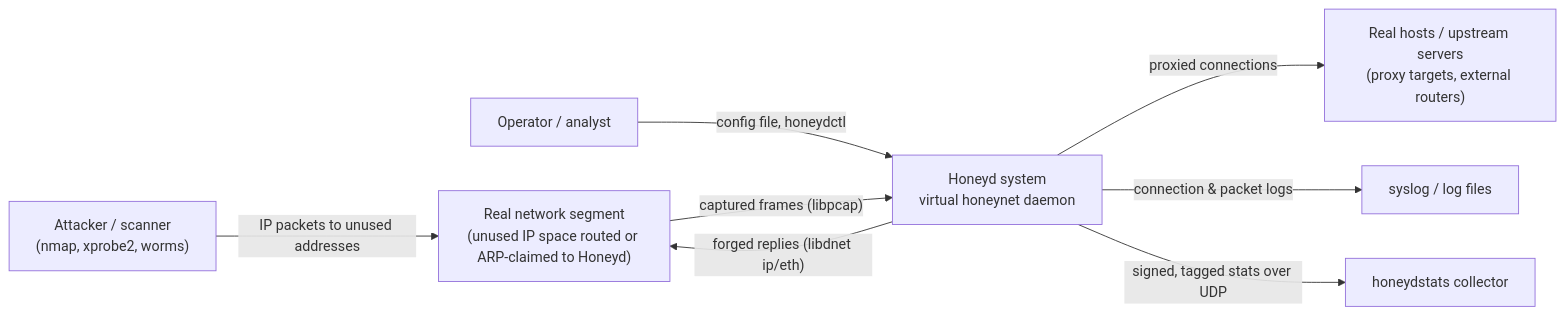
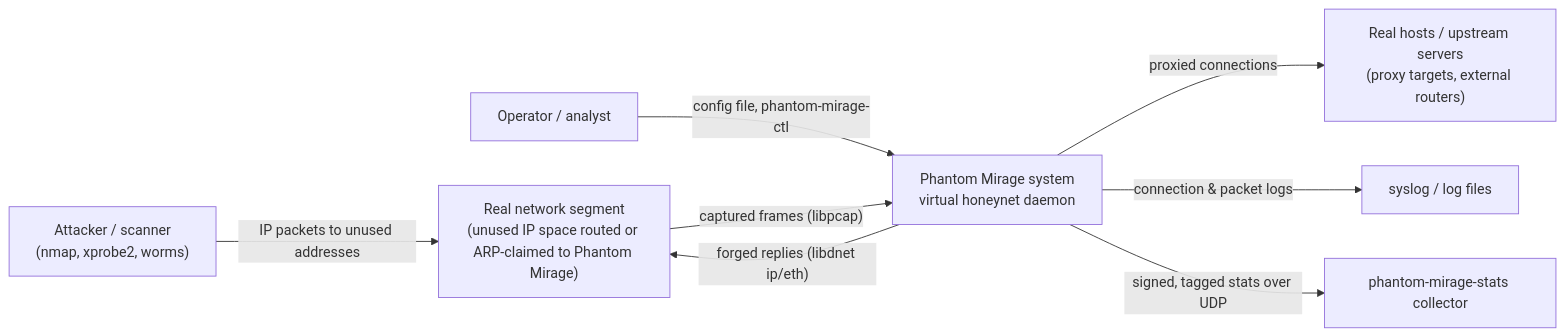
One commit to danieldejager/phantom-mirage changed the first of 2 diagrams in docs/architecture/01-system-context.md. Above: the diagram before and after it, drawn with Mermaid. The commit also changed other lines of this file and 87 other files, not shown here.

First line of the commit message:
Rename to Phantom Mirage I (phantom-mirage)

````diff
--- a/docs/architecture/01-system-context.md
+++ b/docs/architecture/01-system-context.md
@@ -7,18 +7,18 @@
 ```mermaid
 flowchart LR
     attacker["Attacker / scanner<br/>(nmap, xprobe2, worms)"]
     operator["Operator / analyst"]
-    honeyd["Honeyd system<br/>virtual honeynet daemon"]
-    lan["Real network segment<br/>(unused IP space routed or ARP-claimed to Honeyd)"]
+    phantom-mirage["Phantom Mirage system<br/>virtual honeynet daemon"]
+    lan["Real network segment<br/>(unused IP space routed or ARP-claimed to Phantom Mirage)"]
     real["Real hosts / upstream servers<br/>(proxy targets, external routers)"]
     syslog["syslog / log files"]
-    collector["honeydstats collector"]
+    collector["phantom-mirage-stats collector"]
 
     attacker -- "IP packets to unused addresses" --> lan
-    lan -- "captured frames (libpcap)" --> honeyd
-    honeyd -- "forged replies (libdnet ip/eth)" --> lan
-    honeyd -- "proxied connections" --> real
-    operator -- "config file, honeydctl" --> honeyd
-    honeyd -- "connection & packet logs" --> syslog
-    honeyd -- "signed, tagged stats over UDP" --> collector
+    lan -- "captured frames (libpcap)" --> phantom-mirage
+    phantom-mirage -- "forged replies (libdnet ip/eth)" --> lan
+    phantom-mirage -- "proxied connections" --> real
+    operator -- "config file, phantom-mirage-ctl" --> phantom-mirage
+    phantom-mirage -- "connection & packet logs" --> syslog
+    phantom-mirage -- "signed, tagged stats over UDP" --> collector
 ```
````
